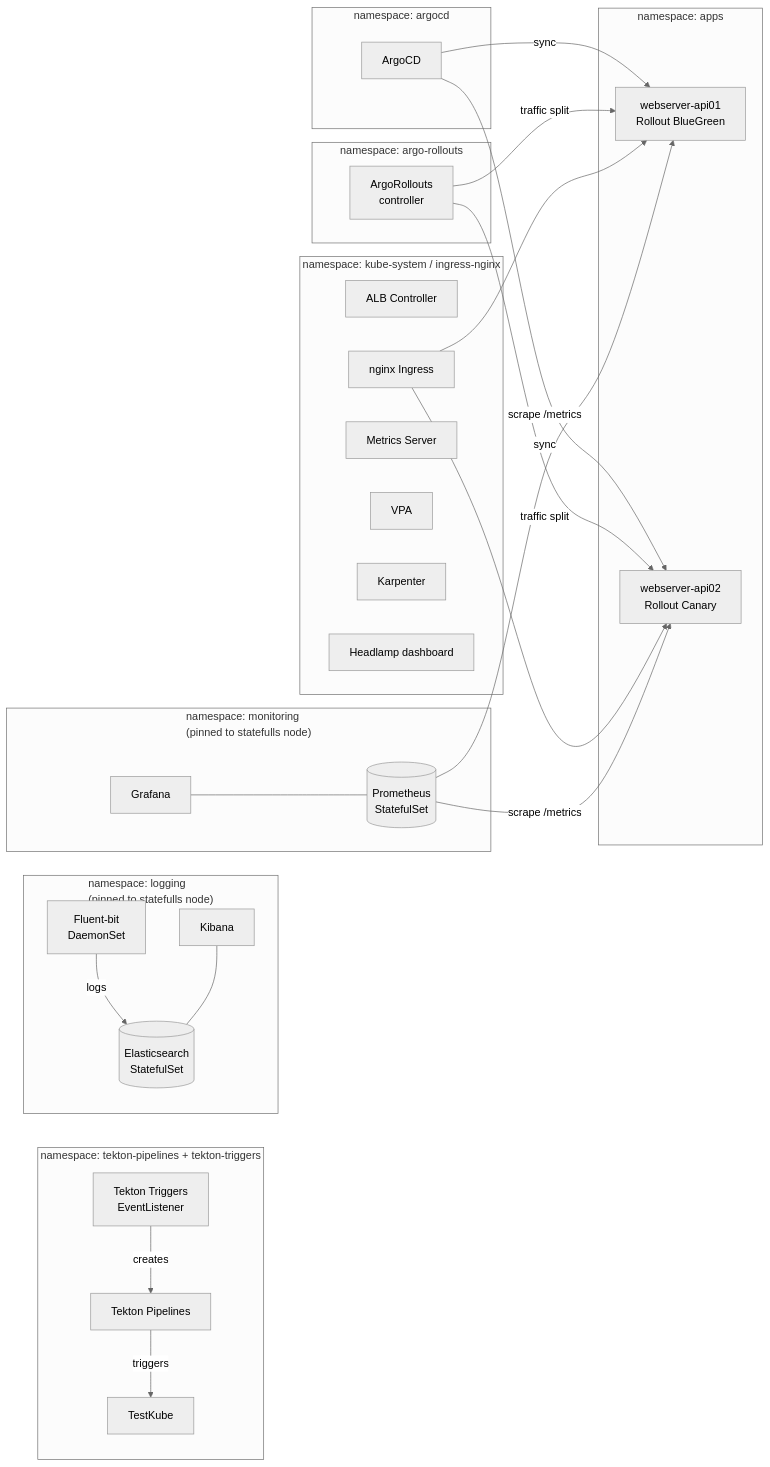
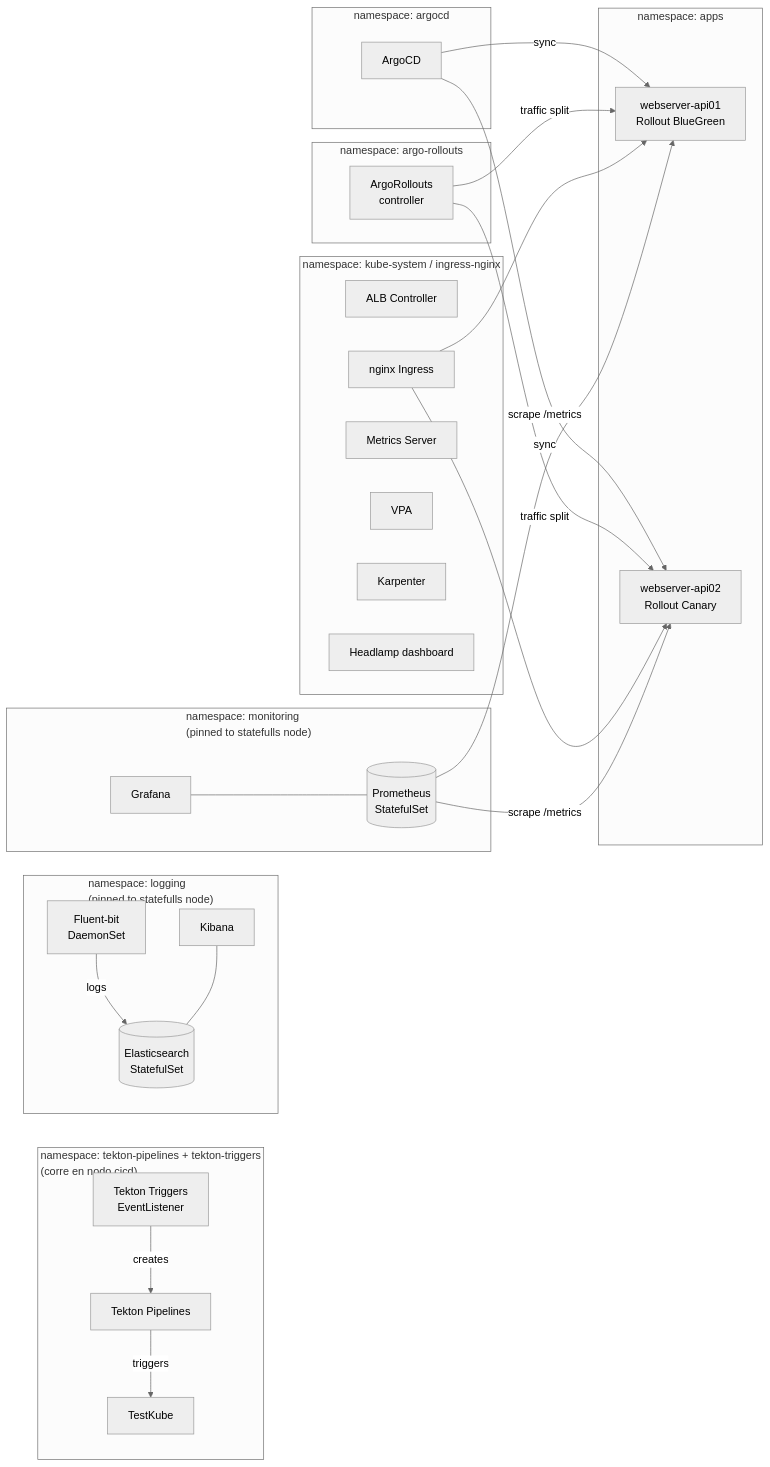
One commit to Valentino-33/tochallenge-belo changed the second of 3 diagrams in docs/architecture.md. Above: the diagram before and after it, drawn with Mermaid (neutral theme). The commit also changed other lines of this file and 51 other files, not shown here.

````diff
--- a/docs/architecture.md
+++ b/docs/architecture.md
@@ -100,55 +100,55 @@
 ```mermaid
 flowchart LR
     subgraph ns_ing["namespace: kube-system / ingress-nginx"]
         ALBC[ALB Controller]
         NGX[nginx Ingress]
         MS[Metrics Server]
         VPA[VPA]
         KARP[Karpenter]
         HL[Headlamp dashboard]
     end
 
     subgraph ns_argo["namespace: argocd"]
         AC[ArgoCD]
     end
 
     subgraph ns_rollouts["namespace: argo-rollouts"]
         AR[ArgoRollouts<br/>controller]
     end
 
-    subgraph ns_tekton["namespace: tekton-pipelines + tekton-triggers"]
+    subgraph ns_tekton["namespace: tekton-pipelines + tekton-triggers<br/>(corre en nodo cicd)"]
         TK[Tekton Pipelines]
         TT[Tekton Triggers<br/>EventListener]
         TKB[TestKube]
     end
 
     subgraph ns_apps["namespace: apps"]
         A1[webserver-api01<br/>Rollout BlueGreen]
         A2[webserver-api02<br/>Rollout Canary]
     end
 
     subgraph ns_log["namespace: logging<br/>(pinned to statefulls node)"]
         ES[(Elasticsearch<br/>StatefulSet)]
         FB[Fluent-bit<br/>DaemonSet]
         KB[Kibana]
     end
 
     subgraph ns_mon["namespace: monitoring<br/>(pinned to statefulls node)"]
         PR[(Prometheus<br/>StatefulSet)]
         GR[Grafana]
     end
 
     AC -- sync --> A1
     AC -- sync --> A2
     AR -- traffic split --> A1
     AR -- traffic split --> A2
     TT -- creates --> TK
     TK -- triggers --> TKB
     NGX --> A1
     NGX --> A2
     FB -- logs --> ES
     KB --- ES
     PR -- scrape /metrics --> A1
     PR -- scrape /metrics --> A2
     GR --- PR
 ```
````
